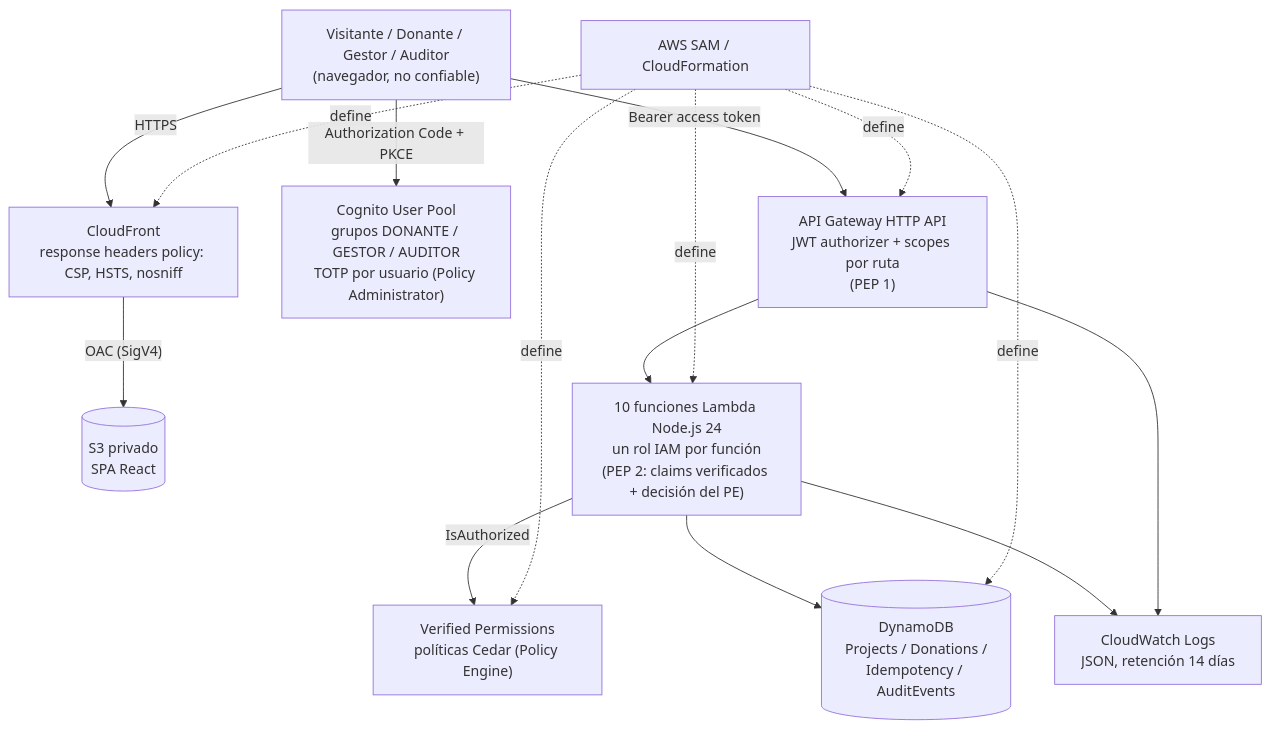
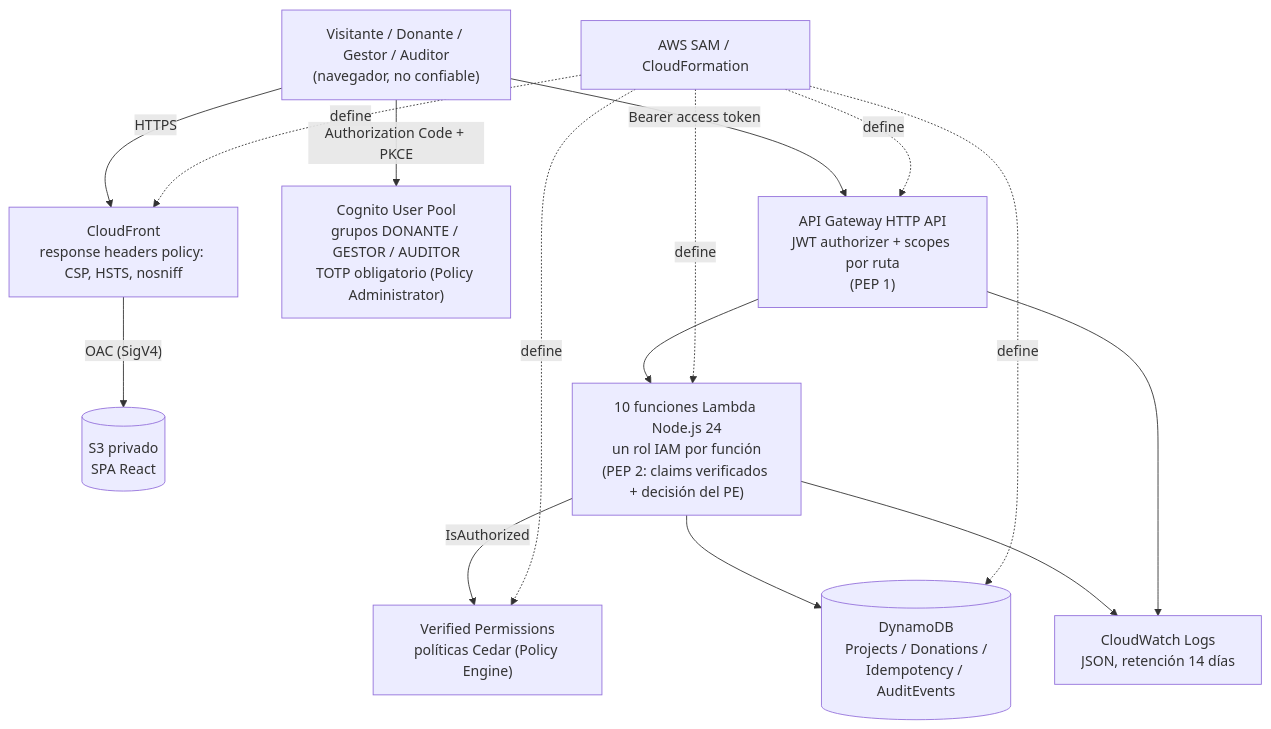
Before and after one commit to joeCuadros/secure-donations-2026: the diagram in README.md, drawn with Mermaid. The commit also changed other lines of this file and 7 other files, not shown here.

````diff
--- a/README.md
+++ b/README.md
@@ -20,17 +20,17 @@
 ```mermaid
 flowchart TD
   U["Visitante / Donante / Gestor / Auditor<br/>(navegador, no confiable)"] -->|HTTPS| CF["CloudFront<br/>response headers policy: CSP, HSTS, nosniff"]
   CF -->|"OAC (SigV4)"| S3[("S3 privado<br/>SPA React")]
-  U -->|"Authorization Code + PKCE"| IDP["Cognito User Pool<br/>grupos DONANTE / GESTOR / AUDITOR<br/>TOTP por usuario (Policy Administrator)"]
+  U -->|"Authorization Code + PKCE"| IDP["Cognito User Pool<br/>grupos DONANTE / GESTOR / AUDITOR<br/>TOTP obligatorio (Policy Administrator)"]
   U -->|"Bearer access token"| APIG["API Gateway HTTP API<br/>JWT authorizer + scopes por ruta<br/>(PEP 1)"]
   APIG --> FN["10 funciones Lambda Node.js 24<br/>un rol IAM por función<br/>(PEP 2: claims verificados + decisión del PE)"]
   FN -->|IsAuthorized| AVP["Verified Permissions<br/>políticas Cedar (Policy Engine)"]
   FN --> DB[("DynamoDB<br/>Projects / Donations /<br/>Idempotency / AuditEvents")]
   FN --> LOG["CloudWatch Logs<br/>JSON, retención 14 días"]
   APIG --> LOG
   SAM["AWS SAM / CloudFormation"] -. define .-> APIG
   SAM -. define .-> FN
   SAM -. define .-> DB
   SAM -. define .-> AVP
   SAM -. define .-> CF
 ```
````
